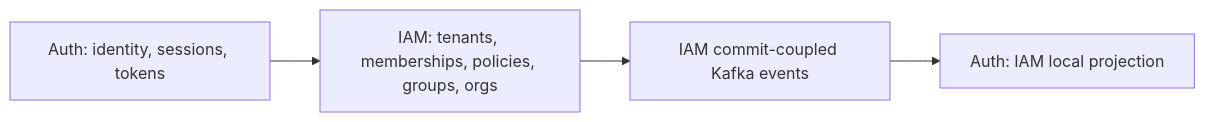
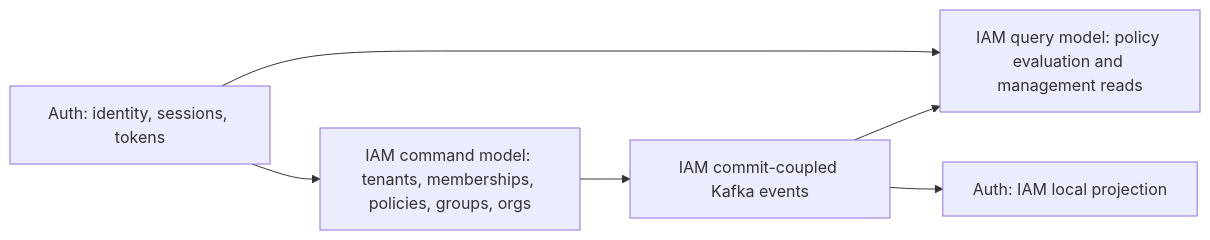
The second of 4 diagrams in docs/architecture/bounded-contexts.md (tuannm99/podzone), drawn with Mermaid before and after one commit. The commit also changed other lines of this file and 85 other files, not shown here.

````diff
--- a/docs/architecture/bounded-contexts.md
+++ b/docs/architecture/bounded-contexts.md
@@ -28,11 +28,14 @@
 ```mermaid
 flowchart LR
     AuthIdentity["Auth: identity, sessions, tokens"]
     AuthProjection["Auth: IAM local projection"]
-    IAMCore["IAM: tenants, memberships, policies, groups, orgs"]
+    IAMCommand["IAM command model: tenants, memberships, policies, groups, orgs"]
+    IAMQuery["IAM query model: policy evaluation and management reads"]
     IAMEvents["IAM commit-coupled Kafka events"]
 
-    IAMCore --> IAMEvents
+    IAMCommand --> IAMEvents
+    IAMEvents --> IAMQuery
     IAMEvents --> AuthProjection
-    AuthIdentity --> IAMCore
+    AuthIdentity --> IAMQuery
+    AuthIdentity --> IAMCommand
 ```
````
